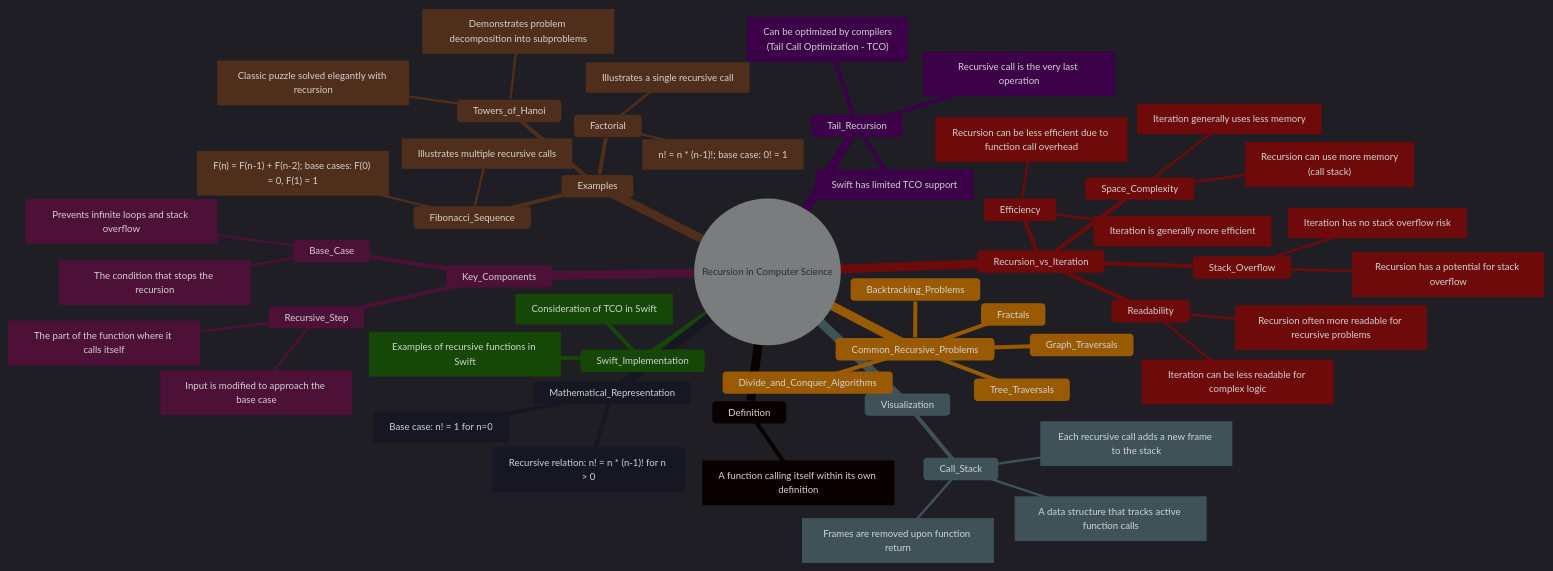
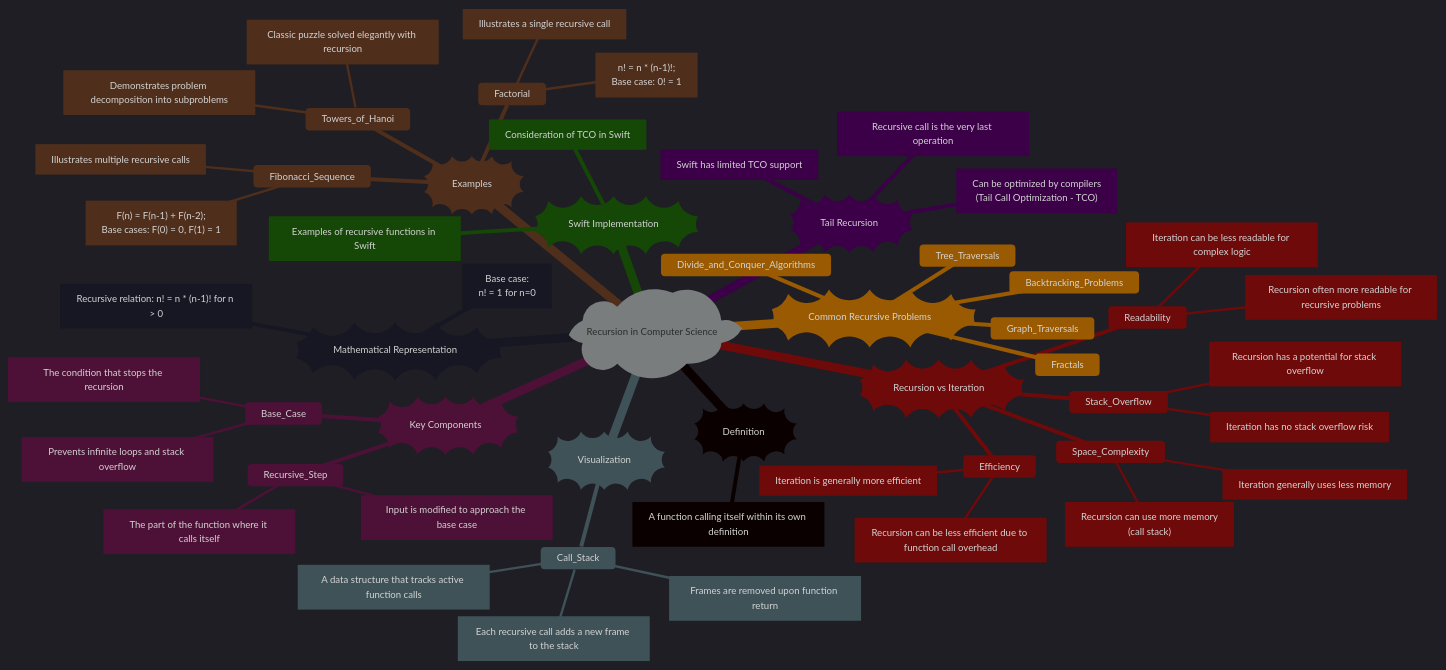
Before and after one commit to CongLeSolutionX/AlgoVerse: the fourth of 4 diagrams in Patterns_Bridging_Math_ComputerScience_Nature_and_Beyond/Recursion.md, drawn with Mermaid.

````diff
--- a/Patterns_Bridging_Math_ComputerScience_Nature_and_Beyond/Recursion.md
+++ b/Patterns_Bridging_Math_ComputerScience_Nature_and_Beyond/Recursion.md
@@ -448,77 +448,77 @@
 ```mermaid
 ---
 title: "Recursion - Key terms and Concept"
 author: "Cong Le"
 version: "1.0"
 license(s): "MIT, CC BY 4.0"
 copyright: "Copyright (c) 2025 Cong Le. All Rights Reserved."
 config:
   theme: dark
 ---
 %%%%%%%% Mermaid version v11.4.1-b.14
 %%{
   init: {
     'mindmap': { 'htmlLabels': false },
     'themeVariables': {
       'fontSize': '12px',
       'fontFamily': 'Fantasy'
     }
   }
 }%%
 mindmap
-  root((Recursion in Computer Science))
-    Definition
+  root)"Recursion in Computer Science"(
+    Definition))"Definition"((
       [A function calling itself within its own definition]
-    Key_Components
+    Key_Components))"Key Components"((
       Base_Case
         [The condition that stops the recursion]
         [Prevents infinite loops and stack overflow]
       Recursive_Step
         [The part of the function where it calls itself]
         [Input is modified to approach the base case]
-    Visualization
+    Visualization))"Visualization"((
       Call_Stack
         [A data structure that tracks active function calls]
         [Each recursive call adds a new frame to the stack]
         [Frames are removed upon function return]
-    Examples
+    Examples))"Examples"((
       Factorial
-        ["n! = n * (n-1)!; base case: 0! = 1"]
+        ["n! = n * (n-1)!;<br/> Base case: 0! = 1"]
         [Illustrates a single recursive call]
       Fibonacci_Sequence
-        ["F(n) = F(n-1) + F(n-2); base cases: F(0) = 0, F(1) = 1"]
+        ["F(n) = F(n-1) + F(n-2);<br/> Base cases: F(0) = 0, F(1) = 1"]
         [Illustrates multiple recursive calls]
       Towers_of_Hanoi
         [Classic puzzle solved elegantly with recursion]
         [Demonstrates problem decomposition into subproblems]
-    Recursion_vs_Iteration
+    Recursion_vs_Iteration))"Recursion vs Iteration"((
       Readability
         [Recursion often more readable for recursive problems]
         [Iteration can be less readable for complex logic]
       Efficiency
         [Recursion can be less efficient due to function call overhead]
         [Iteration is generally more efficient]
       Stack_Overflow
         [Recursion has a potential for stack overflow]
         [Iteration has no stack overflow risk]
       Space_Complexity
         ["Recursion can use more memory<br>(call stack)"]
         [Iteration generally uses less memory]
-    Tail_Recursion
+    Tail_Recursion))"Tail Recursion"((
       [Recursive call is the very last operation]
       ["Can be optimized by compilers<br>(Tail Call Optimization - TCO)"]
       [Swift has limited TCO support]
-    Common_Recursive_Problems
+    Common_Recursive_Problems))"Common Recursive Problems"((
       Tree_Traversals
       Graph_Traversals
       Divide_and_Conquer_Algorithms
       Fractals
       Backtracking_Problems
-    Swift_Implementation
+    Swift_Implementation))"Swift Implementation"((
       [Examples of recursive functions in Swift]
       [Consideration of TCO in Swift]
-    Mathematical_Representation
+    Mathematical_Representation))"Mathematical Representation"((
       ["Recursive relation: n! = n * (n-1)! for n > 0"]
-      [Base case: n! = 1 for n=0]
+      [Base case:<br/> n! = 1 for n=0]
 
 ```
````
